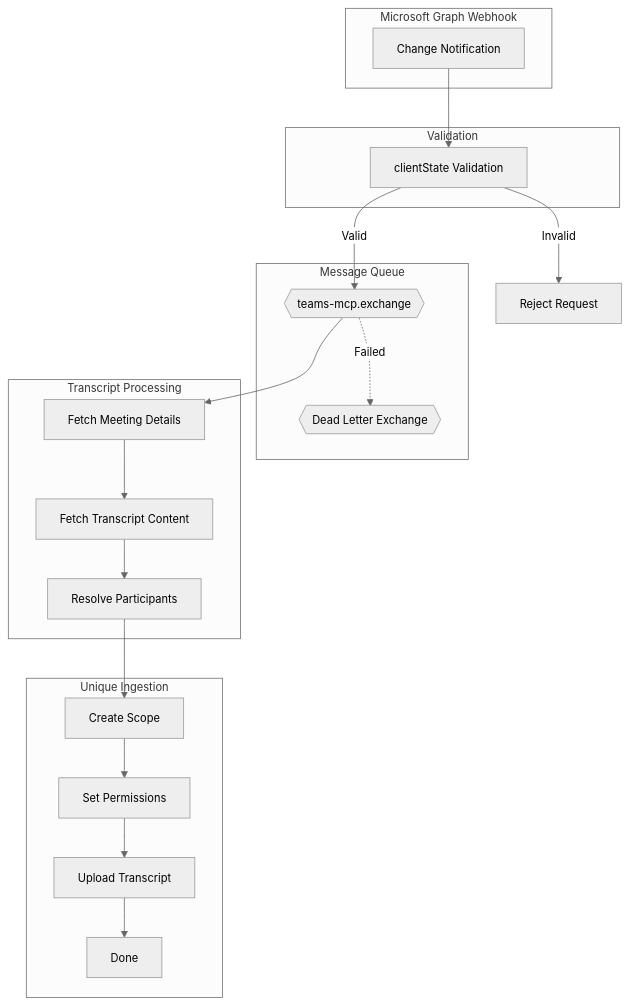
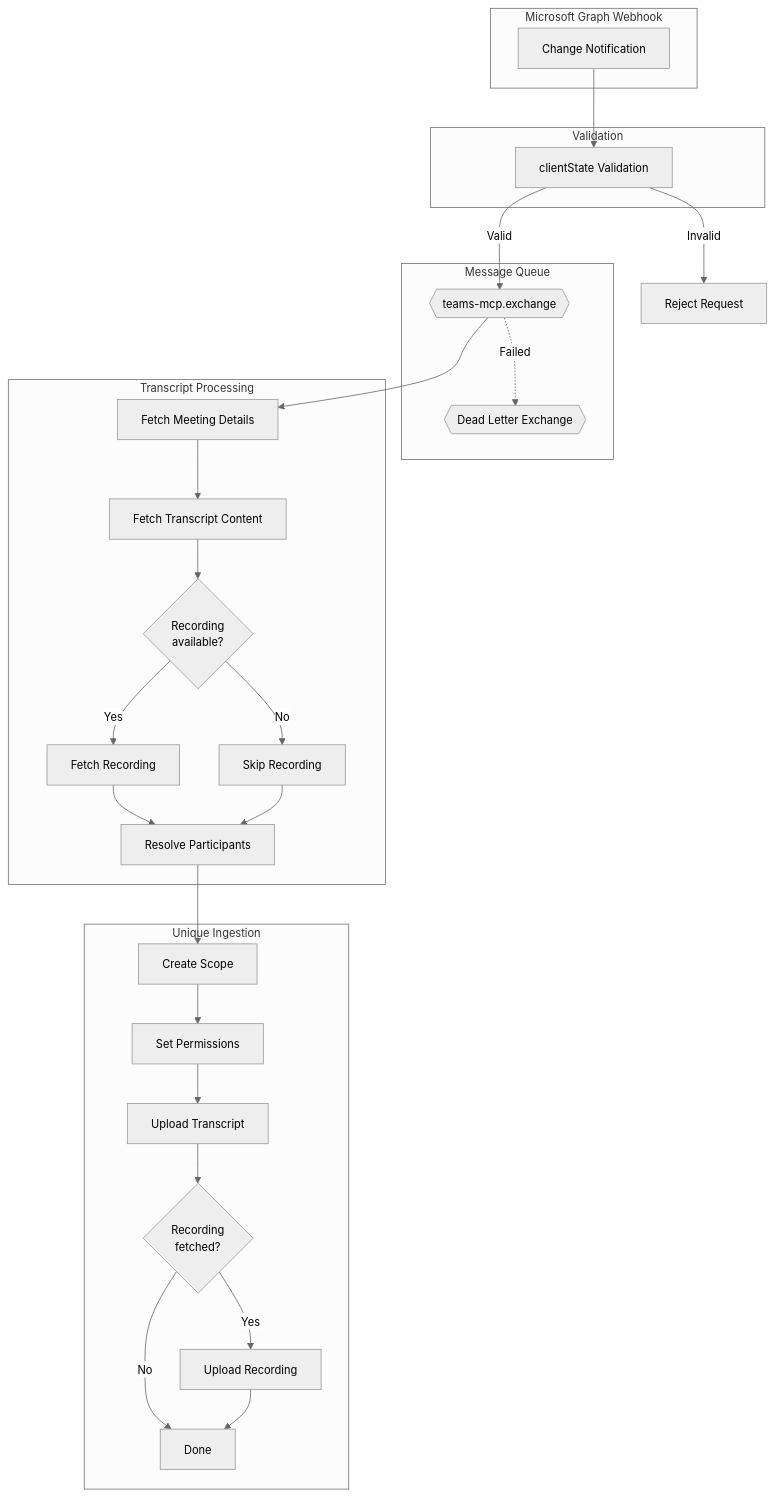
The eighth of 8 diagrams in services/teams-mcp/docs/technical/flows.md (Unique-AG/connectors), drawn with Mermaid before and after one commit. The commit also changed other lines of this file and 15 other files, not shown here.

````diff
--- a/services/teams-mcp/docs/technical/flows.md
+++ b/services/teams-mcp/docs/technical/flows.md
@@ -256,44 +265,56 @@
 ```mermaid
 %%{init: {'theme': 'neutral', 'themeVariables': { 'fontSize': '14px' }}}%%
 flowchart TB
     subgraph Input["Microsoft Graph Webhook"]
         Notification["Change Notification"]
     end
 
     subgraph Validation["Validation"]
         ClientState["clientState Validation"]
     end
 
     subgraph Queue["Message Queue"]
         Exchange{{"teams-mcp.exchange"}}
         DLX{{"Dead Letter Exchange"}}
     end
 
     subgraph Processing["Transcript Processing"]
         FetchMeeting["Fetch Meeting Details"]
         FetchTranscript["Fetch Transcript Content"]
+        CheckRecording{"Recording<br/>available?"}
+        FetchRecording["Fetch Recording"]
+        SkipRecording["Skip Recording"]
         ResolveUsers["Resolve Participants"]
     end
 
     subgraph Ingestion["Unique Ingestion"]
         CreateScope["Create Scope"]
         SetAccess["Set Permissions"]
         UploadVTT["Upload Transcript"]
+        HasRecording{"Recording<br/>fetched?"}
+        UploadMP4["Upload Recording"]
         Done["Done"]
     end
 
     Notification --> ClientState
     ClientState -->|Valid| Exchange
     ClientState -->|Invalid| Reject["Reject Request"]
 
     Exchange --> FetchMeeting
     Exchange -.->|Failed| DLX
 
     FetchMeeting --> FetchTranscript
-    FetchTranscript --> ResolveUsers
+    FetchTranscript --> CheckRecording
+    CheckRecording -->|Yes| FetchRecording
+    CheckRecording -->|No| SkipRecording
+    FetchRecording --> ResolveUsers
+    SkipRecording --> ResolveUsers
 
     ResolveUsers --> CreateScope
     CreateScope --> SetAccess
     SetAccess --> UploadVTT
-    UploadVTT --> Done
+    UploadVTT --> HasRecording
+    HasRecording -->|Yes| UploadMP4
+    HasRecording -->|No| Done
+    UploadMP4 --> Done
 ```
````
